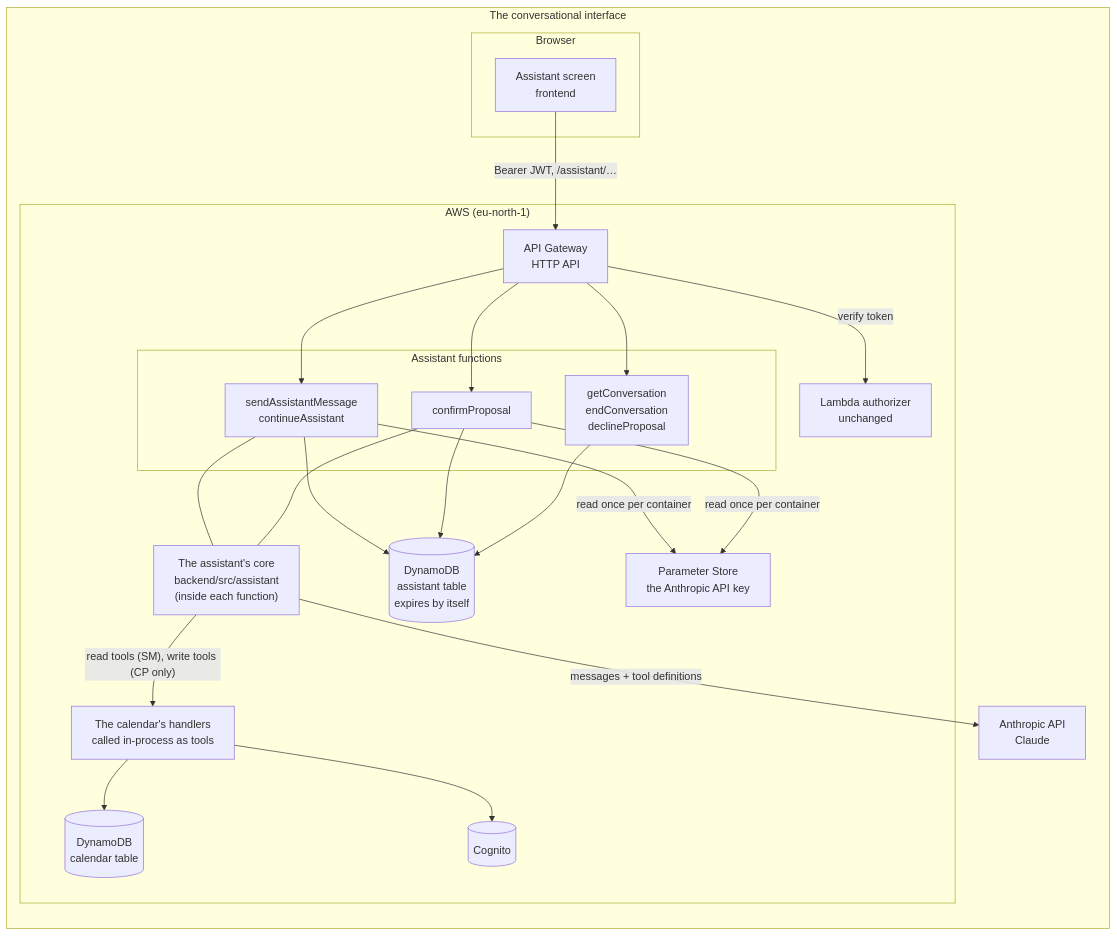
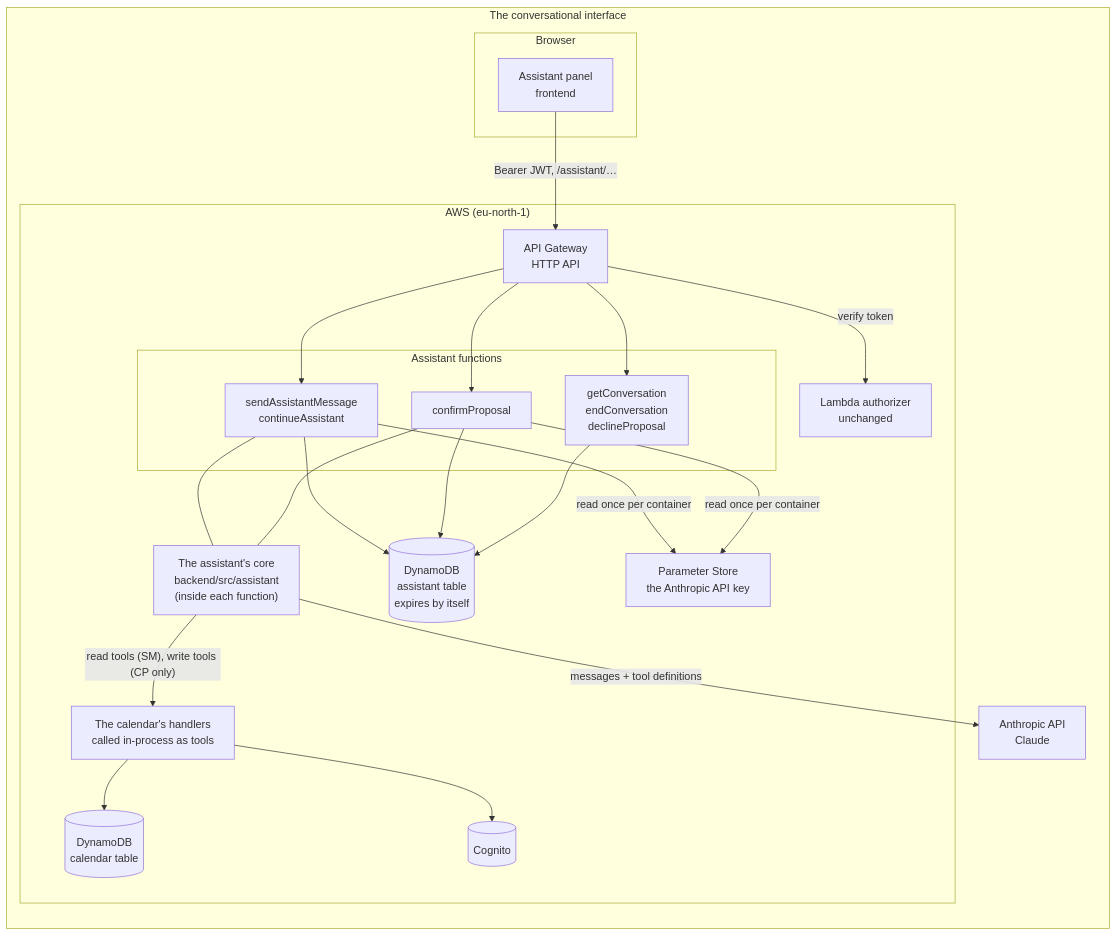
One commit to EnricoPicci/shared-calendar changed the first of 5 diagrams in docs/CONVERSATIONAL_ARCHITECTURE.md. Above: the diagram before and after it, drawn with Mermaid. The commit also changed other lines of this file and 18 other files, not shown here.

````diff
--- a/docs/CONVERSATIONAL_ARCHITECTURE.md
+++ b/docs/CONVERSATIONAL_ARCHITECTURE.md
@@ -76,34 +77,34 @@
 ```mermaid
 %%{init: {'theme': 'default'}}%%
 flowchart LR
     subgraph ALL["The conversational interface"]
         subgraph Browser
-            V[Assistant screen<br/>frontend]
+            V[Assistant panel<br/>frontend]
         end
         subgraph AWS["AWS (eu-north-1)"]
             GW[API Gateway<br/>HTTP API]
             AUTH[Lambda authorizer<br/>unchanged]
             subgraph AF["Assistant functions"]
                 SM[sendAssistantMessage<br/>continueAssistant]
                 CP[confirmProposal]
                 OT[getConversation<br/>endConversation<br/>declineProposal]
             end
             CORE["The assistant's core<br/>backend/src/assistant<br/>(inside each function)"]
             H["The calendar's handlers<br/>called in-process as tools"]
             ADB[(DynamoDB<br/>assistant table<br/>expires by itself)]
             CDB[(DynamoDB<br/>calendar table)]
             COG[(Cognito)]
             SSM[Parameter Store<br/>the Anthropic API key]
         end
         ANT[Anthropic API<br/>Claude]
         V -- "Bearer JWT, /assistant/…" --> GW
         GW -- verify token --> AUTH
         GW --> SM & CP & OT
         SM & CP --- CORE
         CORE -- "messages + tool definitions" --> ANT
         CORE -- "read tools (SM), write tools (CP only)" --> H
         H --> CDB & COG
         SM & CP & OT --> ADB
         SM & CP -- "read once per container" --> SSM
     end
 ```
````
